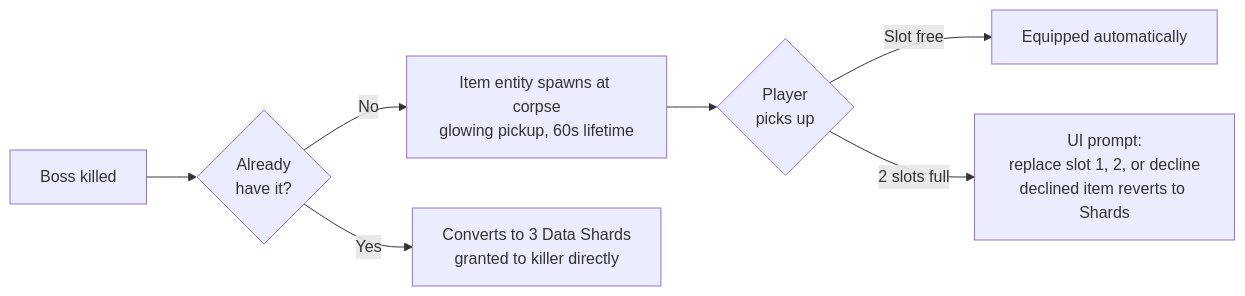
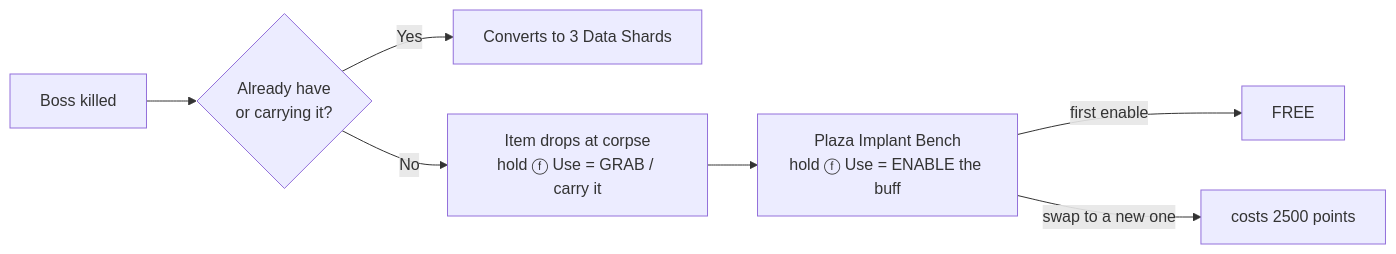
The diagram in docs/12_boss_items.md (JordanUrbaezLu/abandoned_cyber_city_zombies), drawn with Mermaid before and after one commit. The commit also changed other lines of this file and 139 other files, not shown here.

````diff
--- a/docs/12_boss_items.md
+++ b/docs/12_boss_items.md
@@ -19,9 +24,9 @@
 ```mermaid
 flowchart LR
-    Kill[Boss killed] --> Roll{Already<br/>have it?}
-    Roll -->|No| Drop[Item entity spawns at corpse<br/>glowing pickup, 60s lifetime]
-    Roll -->|Yes| Dust[Converts to 3 Data Shards<br/>granted to killer directly]
-    Drop --> Pickup{Player<br/>picks up}
-    Pickup -->|Slot free| Equip[Equipped automatically]
-    Pickup -->|2 slots full| Replace[UI prompt:<br/>replace slot 1, 2, or decline<br/>declined item reverts to Shards]
+    Kill[Boss killed] --> Roll{Already have<br/>or carrying it?}
+    Roll -->|Yes| Dust[Converts to 3 Data Shards]
+    Roll -->|No| Drop[Item drops at corpse<br/>hold ⓕ Use = GRAB / carry it]
+    Drop --> Bench[Plaza Implant Bench<br/>hold ⓕ Use = ENABLE the buff]
+    Bench -->|first enable| Free[FREE]
+    Bench -->|swap to a new one| Cost[costs 2500 points]
 ```
````
